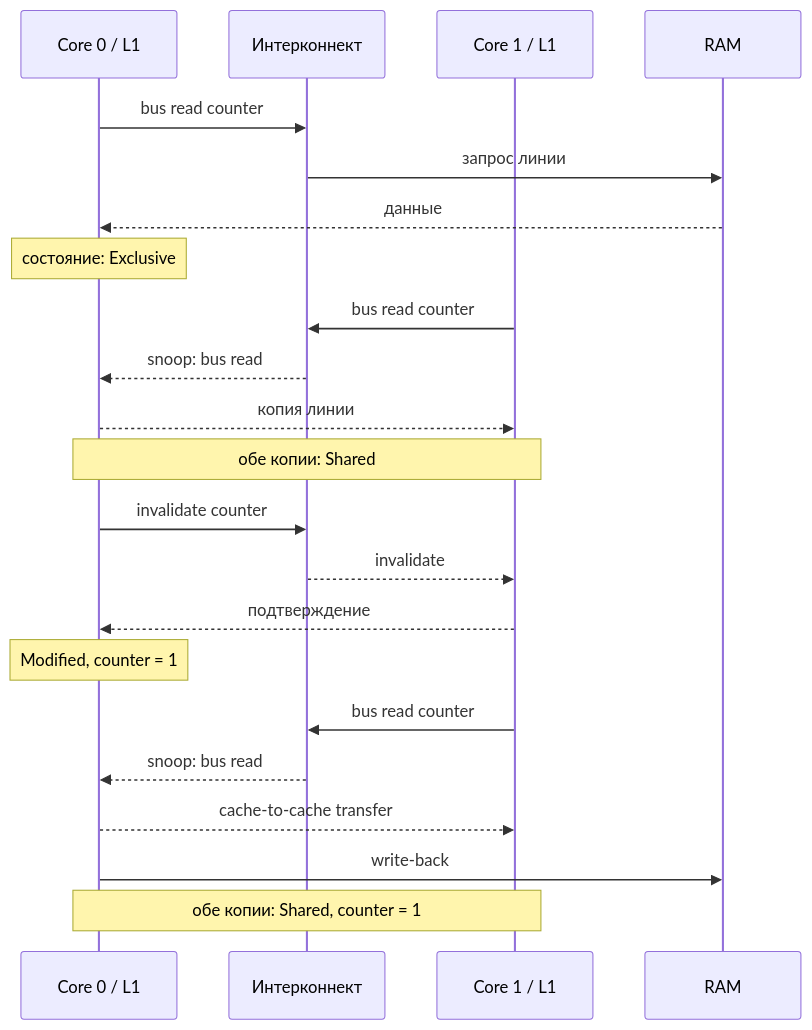
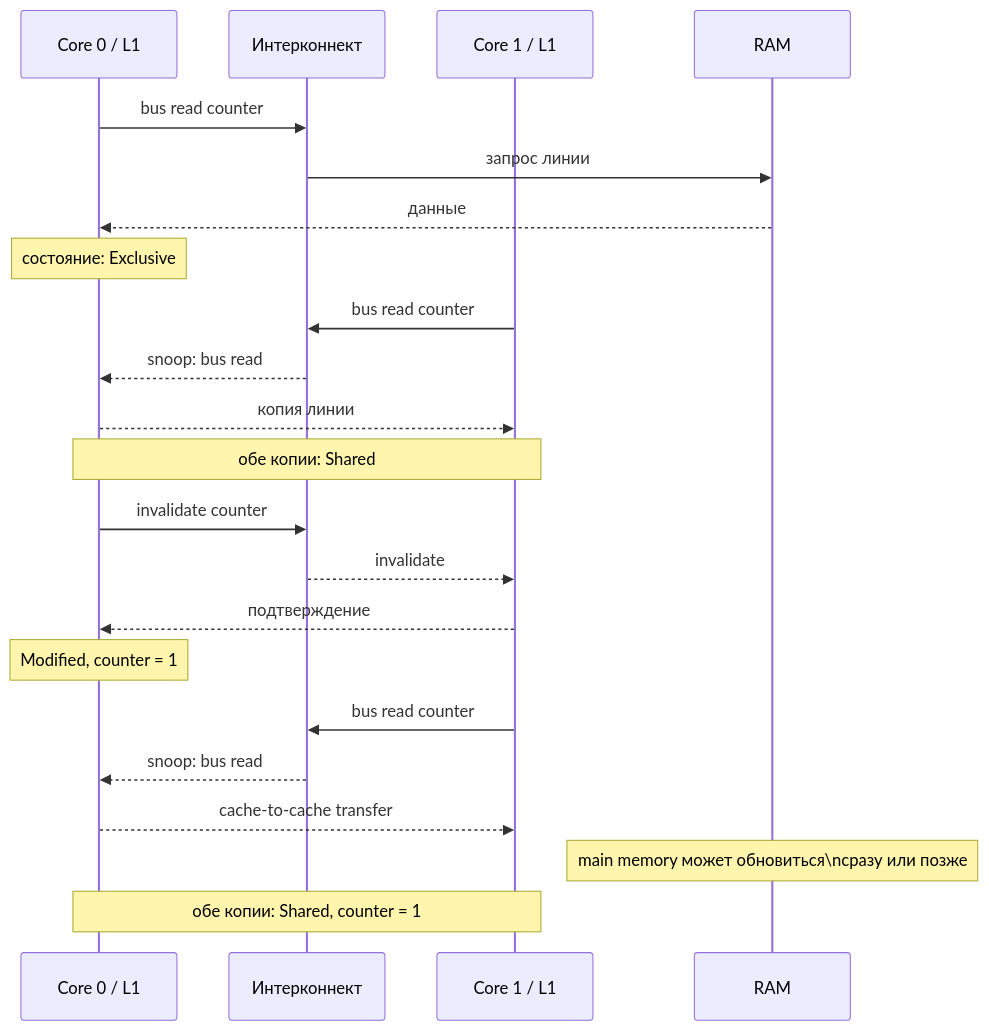
Before and after one commit to AlexeyMatskevich/cs-notes: the first of 2 diagrams in computer/data-path/01-cache-coherency.md, drawn with Mermaid. The commit also changed other lines of this file and 3 other files, not shown here.

````diff
--- a/computer/data-path/01-cache-coherency.md
+++ b/computer/data-path/01-cache-coherency.md
@@ -103,28 +103,28 @@
 ```mermaid
 sequenceDiagram
     participant C0 as Core 0 / L1
     participant BUS as Интерконнект
     participant C1 as Core 1 / L1
     participant RAM as RAM
 
     C0->>BUS: bus read counter
     BUS->>RAM: запрос линии
     RAM-->>C0: данные
     Note over C0: состояние: Exclusive
 
     C1->>BUS: bus read counter
     BUS-->>C0: snoop: bus read
     C0-->>C1: копия линии
     Note over C0,C1: обе копии: Shared
 
     C0->>BUS: invalidate counter
     BUS-->>C1: invalidate
     C1-->>C0: подтверждение
     Note over C0: Modified, counter = 1
 
     C1->>BUS: bus read counter
     BUS-->>C0: snoop: bus read
     C0-->>C1: cache-to-cache transfer
-    C0->>RAM: write-back
+    Note over RAM: main memory может обновиться\nсразу или позже
     Note over C0,C1: обе копии: Shared, counter = 1
 ```
````
